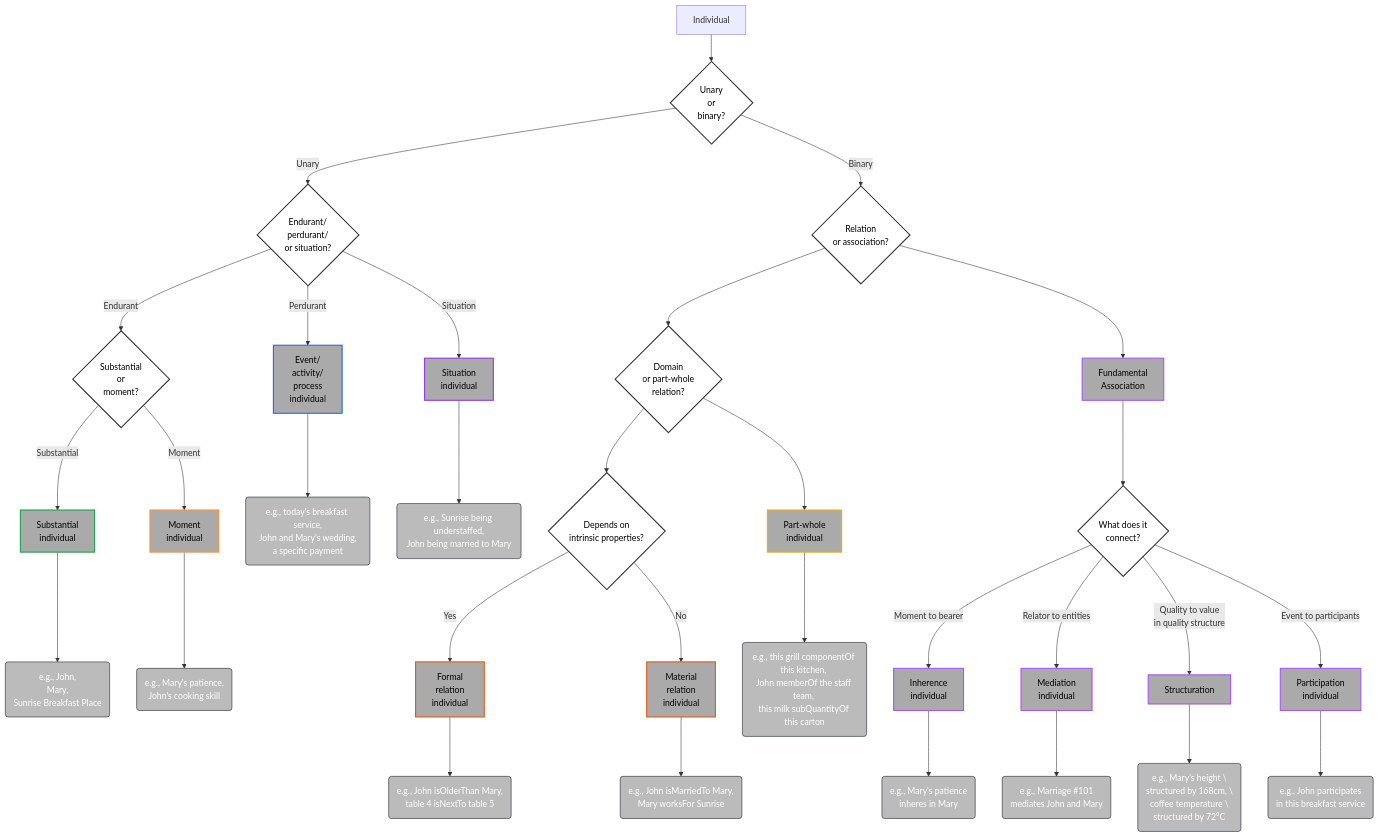
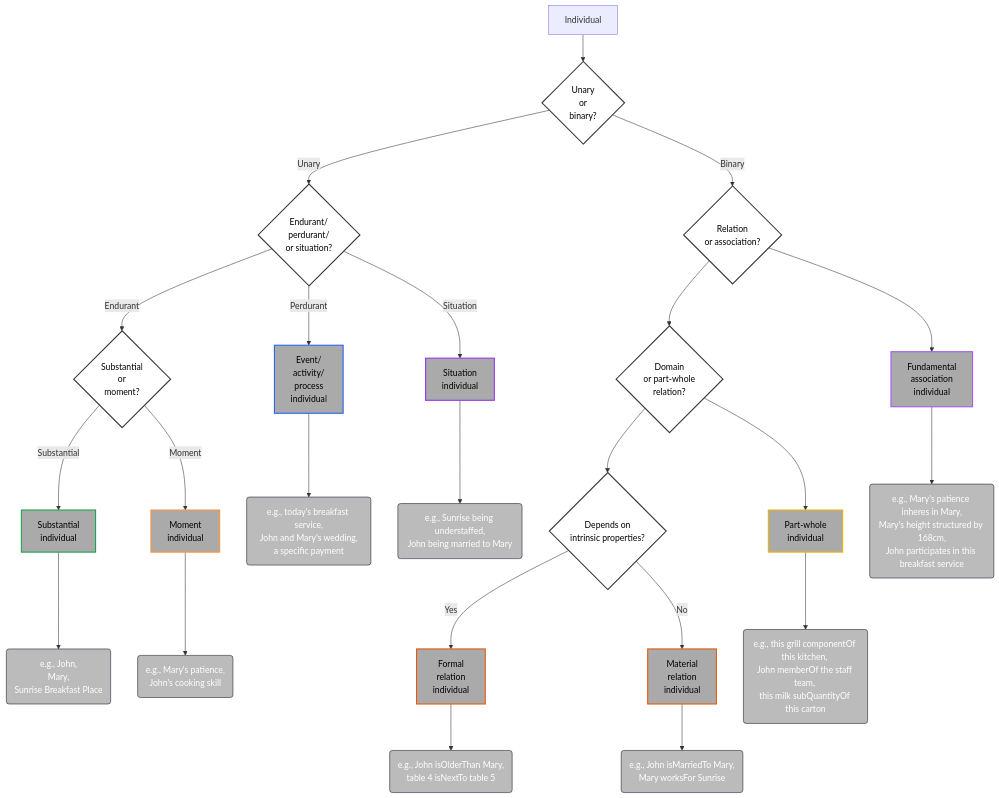
One commit to spdrnl/UFO-Modeling-Decision-Tree changed the diagram in decision-tree/01-Individual.mermaid. Above: the diagram before and after it, drawn with Mermaid. The commit also changed 3 other files, not shown here.

```diff
--- a/decision-tree/01-Individual.mermaid
+++ b/decision-tree/01-Individual.mermaid
@@ -1,88 +1,73 @@
 flowchart TD
     A[Individual] --> I_UB{Unary \nor \nbinary?}
 
     %% UNARY INDIVIDUALS
     I_UB -->|Unary| I0{Endurant/\nperdurant/\nor situation?}
 
     I0 -->|Endurant| IE{Substantial \nor \nmoment?}
     I0 -->|Perdurant| IP[Event/\nactivity/\nprocess\nindividual]
     I0 -->|Situation| ISIT[Situation\nindividual]
 
     IE -->|Substantial| IES[Substantial\nindividual]
     IE -->|Moment| IIM[Moment\nindividual]
 
     %% BINARY INDIVIDUALS (RELATIONS/ASSOCIATIONS)
     I_UB -->|Binary| ROA{"Relation \nor association?"}
 
     ROA --> DOPR{"Domain \nor part-whole \nrelation?"}
-    ROA --> FA["Fundamental \nAssociation"]
+    ROA --> FA["Fundamental \nassociation \nindividual"]
 
     %% DOMAIN RELATIONS - INDIVIDUAL LEVEL
     DOPR --> DR{Depends on \nintrinsic properties?}
     DR -->|Yes| FORI[Formal \nrelation\nindividual]
     DR -->|No| MATI[Material \nrelation\nindividual]
 
     %% PART-WHOLE RELATIONS - INDIVIDUAL LEVEL
     DOPR --> PWI[Part-whole \nindividual]
 
-    %% FUNDAMENTAL ASSOCIATIONS - INDIVIDUAL LEVEL
-    FA --> FA1{What does it \nconnect?}
-    FA1 -->|Moment to bearer| INHER[Inherence\nindividual]
-    FA1 -->|Relator to entities| MEDI[Mediation\nindividual]
-    FA1 -->|Quality to value\nin quality structure| STRU[Structuration]
-    FA1 -->|Event to participants| PARTI[Participation\nindividual]
 
     %% EXAMPLES
     IES_ex("e.g., John,\nMary,\nSunrise Breakfast Place"):::example
     IES --> IES_ex
 
     IIM_ex("e.g., Mary's patience,\nJohn's cooking skill"):::example
     IIM --> IIM_ex
 
     IP_ex("e.g., today's breakfast service,\nJohn and Mary's wedding,\na specific payment"):::example
     IP --> IP_ex
 
     ISIT_ex("e.g., Sunrise being understaffed,\nJohn being married to Mary"):::example
     ISIT --> ISIT_ex
 
     FORI_ex("e.g., John isOlderThan Mary,\ntable 4 isNextTo table 5"):::example
     FORI --> FORI_ex
 
     MATI_ex("e.g., John isMarriedTo Mary,\nMary worksFor Sunrise"):::example
     MATI --> MATI_ex
 
-    INHER_ex("e.g., Mary's patience \ninheres in Mary"):::example
-    INHER --> INHER_ex
-
-    MEDI_ex("e.g., Marriage #101 \nmediates John and Mary"):::example
-    MEDI --> MEDI_ex
-
-    STRU_ex("e.g., Mary's height \\nstructured by 168cm, \\ncoffee temperature \\nstructured by 72°C"):::example
-    STRU --> STRU_ex
-
-    PARTI_ex("e.g., John participates \nin this breakfast service"):::example
-    PARTI --> PARTI_ex
+    FA_ex("e.g., Mary's patience inheres in Mary,\nMary's height structured by 168cm,\nJohn participates in this breakfast service"):::example
+    FA --> FA_ex
 
     PWI_ex("e.g., this grill componentOf this kitchen, \nJohn memberOf the staff team, \nthis milk subQuantityOf this carton"):::example
     PWI --> PWI_ex
 
     %% CLASSES
     classDef example fill:#BBBBBB,stroke:#111827,stroke-width:1px,color:#fff;
     classDef generic fill:#ffffff,stroke:#333,stroke-width:2px,color:#000;
     classDef perdurant fill:#aaaaaa,stroke:#2563eb,stroke-width:2px,color:#000;
     classDef substantial fill:#aaaaaa,stroke:#16a34a,stroke-width:2px,color:#000;
     classDef intrinsic fill:#aaaaaa,stroke:#fb923c,stroke-width:2px,color:#000;
     classDef relator fill:#aaaaaa,stroke:#ea580c,stroke-width:2px,color:#000;
     classDef meronymic fill:#aaaaaa,stroke:#eab308,stroke-width:2px,color:#000;
     classDef fundamental fill:#aaaaaa,stroke:#a855f7,stroke-width:2px,color:#000;
     classDef situation fill:#aaaaaa,stroke:#9333ea,stroke-width:2px,color:#000;
 
     %% Apply styles
     class I_UB,I0,IE,ROA,DOPR,DR,PWI,FA1 generic;
     class IP perdurant;
     class IES substantial;
     class IIM intrinsic;
     class FORI,MATI relator;
     class PWI meronymic;
     class FA,INHER,MEDI,PARTI,STRU fundamental;
     class ISIT situation;
```
